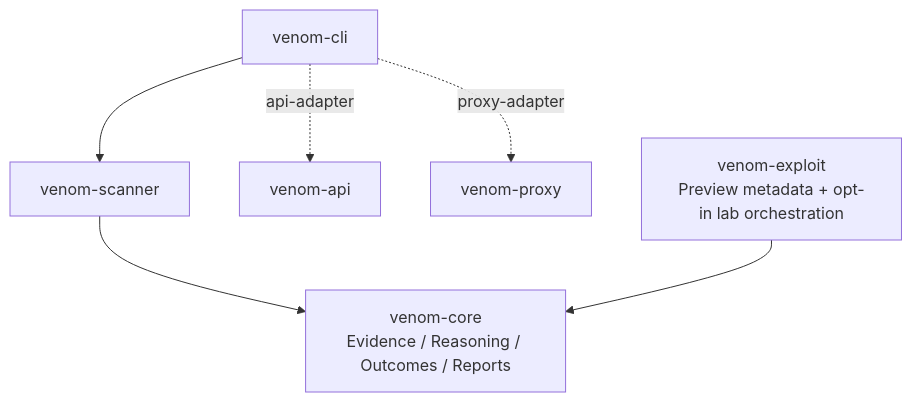
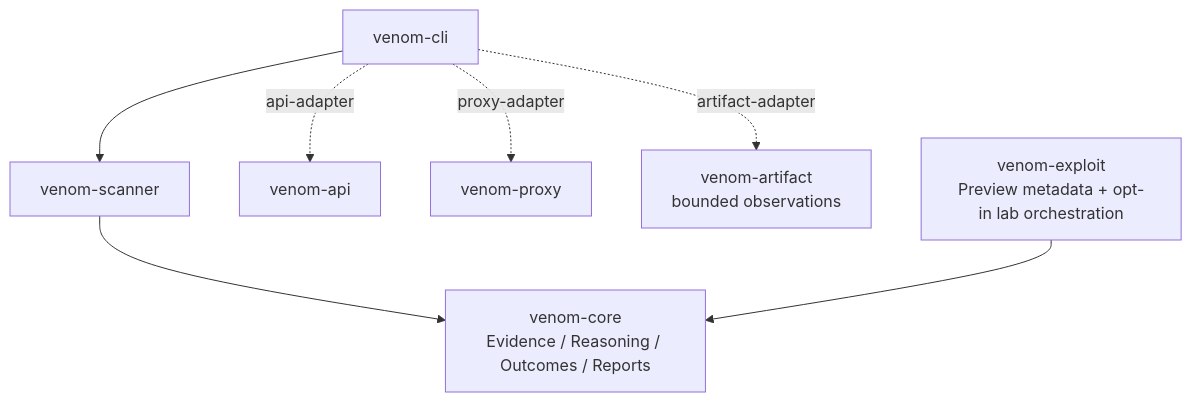
The first of 4 diagrams in docs/architecture.md (ITherso/termivar), drawn with Mermaid before and after one commit. The commit also changed other lines of this file and 34 other files, not shown here.

Commit message:
feat(artifact): restore bounded signature scanning

````diff
--- a/docs/architecture.md
+++ b/docs/architecture.md
@@ -34,8 +35,9 @@
 ```mermaid
 flowchart TD
     CLI[venom-cli] --> Scanner[venom-scanner]
     CLI -. "api-adapter" .-> API[venom-api]
     CLI -. "proxy-adapter" .-> Proxy[venom-proxy]
+    CLI -. "artifact-adapter" .-> Artifact["venom-artifact<br/>bounded observations"]
     Scanner --> Core["venom-core<br/>Evidence / Reasoning / Outcomes / Reports"]
     Exploit["venom-exploit<br/>Preview metadata + opt-in lab orchestration"] --> Core
 ```
````
